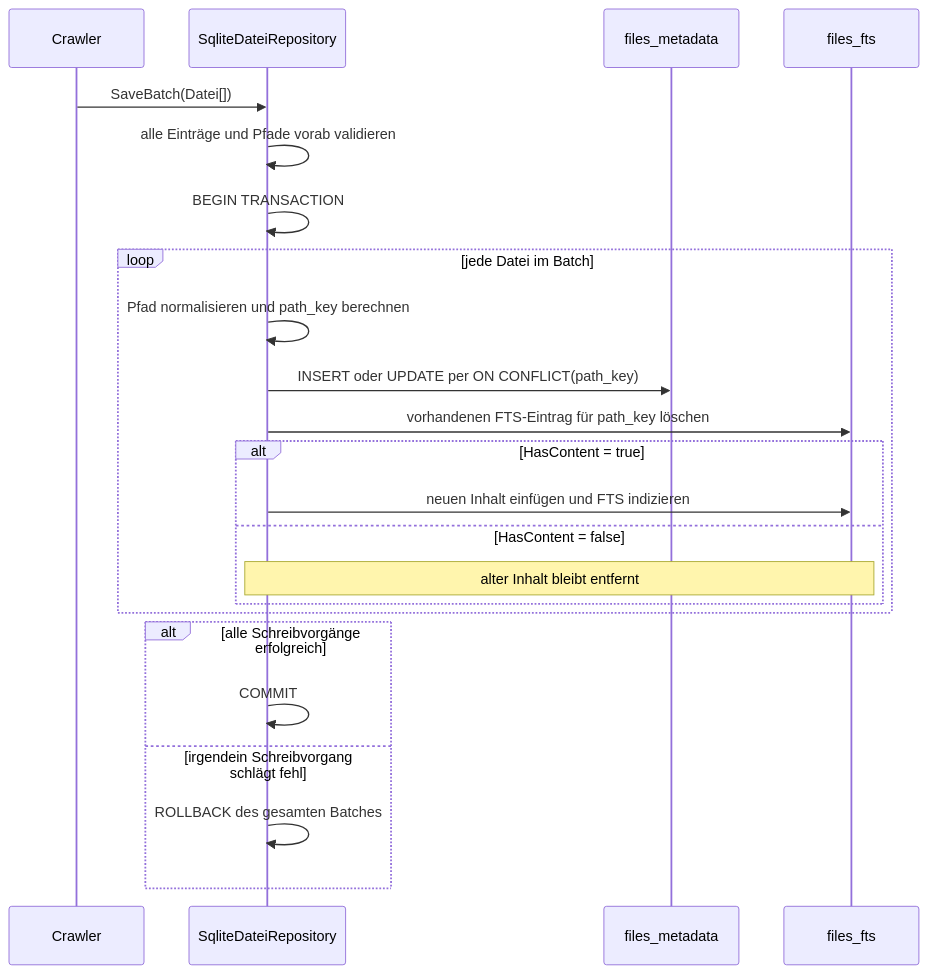
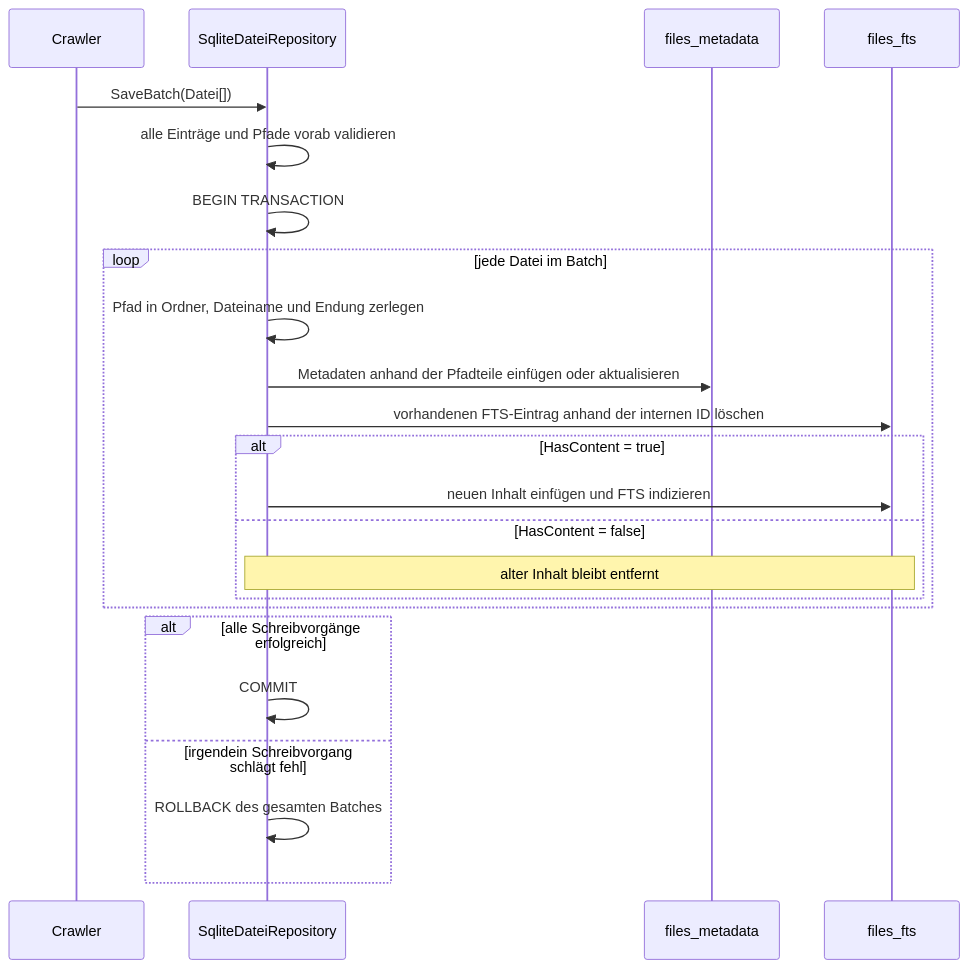
Before and after one commit to Henry-lge/PowerShell-Suchmaschine: the second of 4 diagrams in DATABASE.md, drawn with Mermaid. The commit also changed other lines of this file and 6 other files, not shown here.

````diff
--- a/DATABASE.md
+++ b/DATABASE.md
@@ -164,25 +145,25 @@
 ```mermaid
 sequenceDiagram
     participant C as Crawler
     participant R as SqliteDateiRepository
     participant M as files_metadata
     participant F as files_fts
     C->>R: SaveBatch(Datei[])
     R->>R: alle Einträge und Pfade vorab validieren
     R->>R: BEGIN TRANSACTION
     loop jede Datei im Batch
-        R->>R: Pfad normalisieren und path_key berechnen
-        R->>M: INSERT oder UPDATE per ON CONFLICT(path_key)
-        R->>F: vorhandenen FTS-Eintrag für path_key löschen
+        R->>R: Pfad in Ordner, Dateiname und Endung zerlegen
+        R->>M: Metadaten anhand der Pfadteile einfügen oder aktualisieren
+        R->>F: vorhandenen FTS-Eintrag anhand der internen ID löschen
         alt HasContent = true
             R->>F: neuen Inhalt einfügen und FTS indizieren
         else HasContent = false
             Note over R,F: alter Inhalt bleibt entfernt
         end
     end
     alt alle Schreibvorgänge erfolgreich
         R->>R: COMMIT
     else irgendein Schreibvorgang schlägt fehl
         R->>R: ROLLBACK des gesamten Batches
     end
 ```
````
